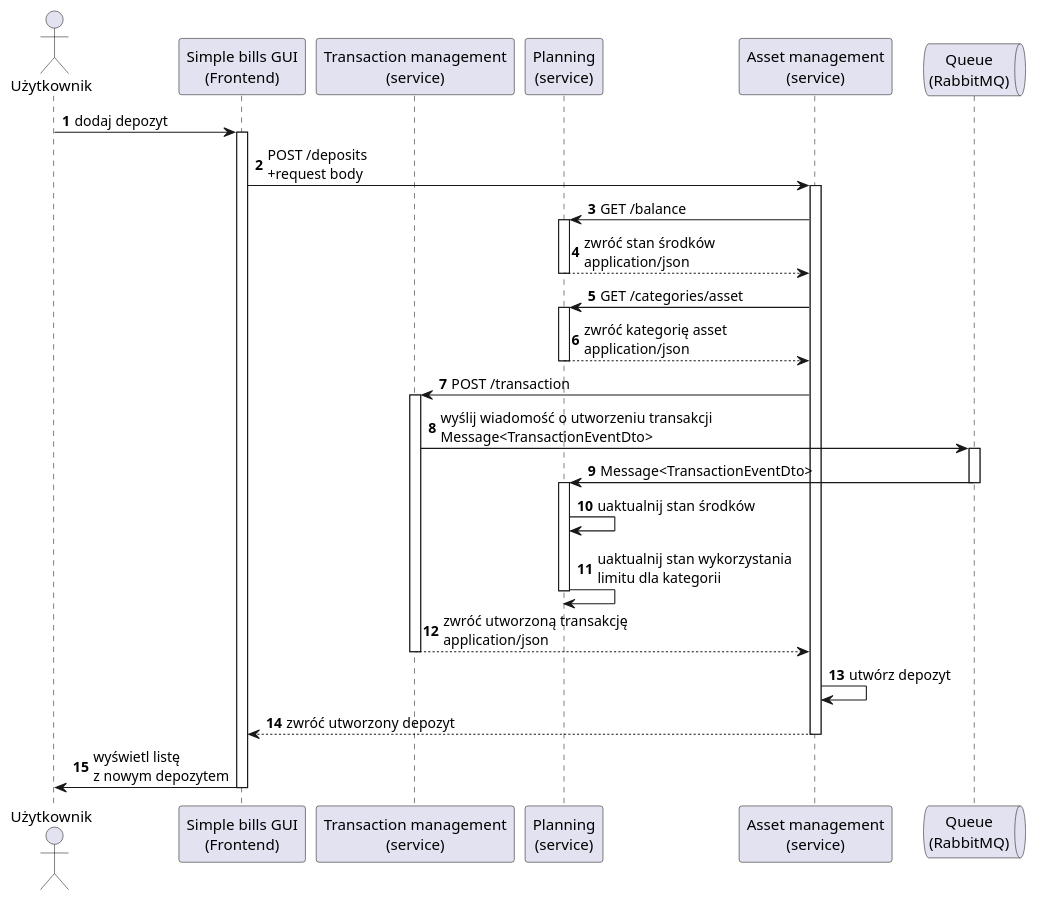
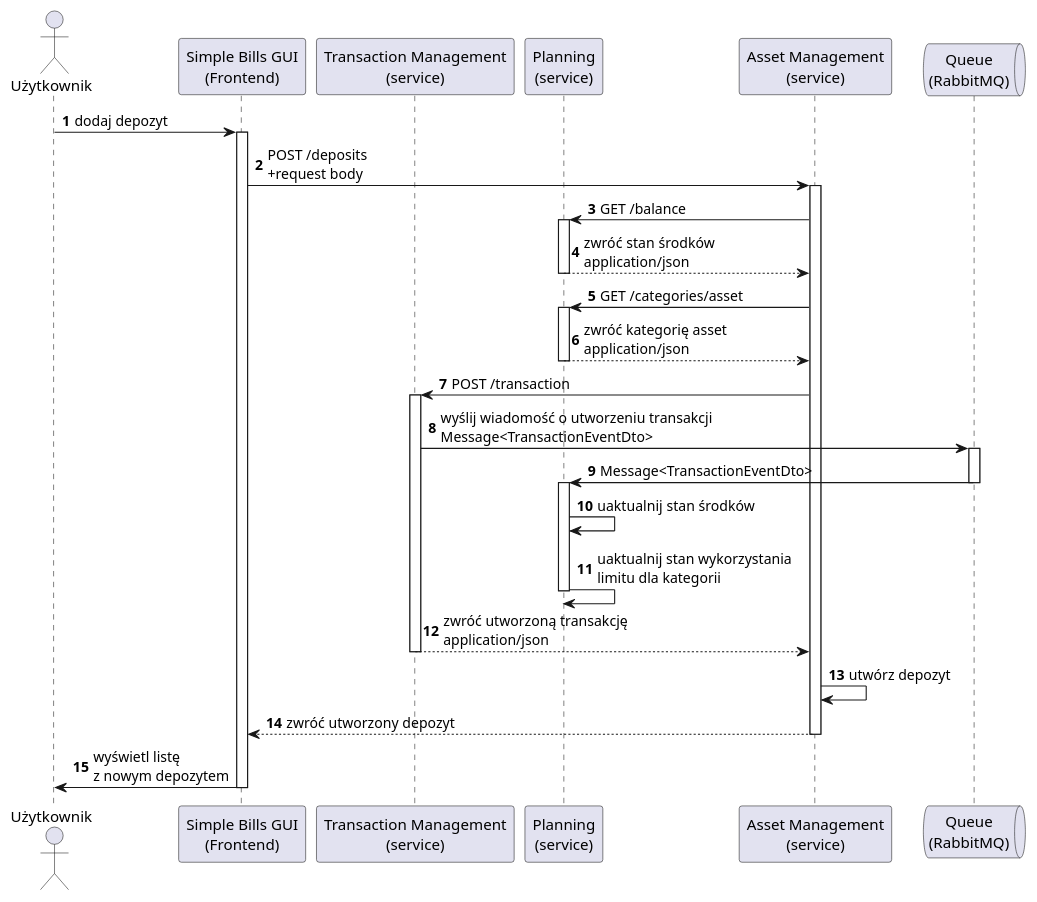
One commit to lukaszse/simple-bills changed the diagram in diagrams/sequence-diagrams/add-new-deposit.puml. Above: the diagram before and after it, drawn with PlantUML. The commit also changed 1 other file, not shown here.

Commit message:
Fix naming on sequence diagrams

```diff
--- a/diagrams/sequence-diagrams/add-new-deposit.puml
+++ b/diagrams/sequence-diagrams/add-new-deposit.puml
@@ -1,56 +1,56 @@
 @startuml
 'https://plantuml.com/sequence-diagram
 
 autonumber
 
 actor Użytkownik as user
-participant "Simple bills GUI\n(Frontend)" as gui
-participant "Transaction management\n(service)" as transaction
+participant "Simple Bills GUI\n(Frontend)" as gui
+participant "Transaction Management\n(service)" as transaction
 participant "Planning\n(service)" as planning
-participant "Asset management\n(service)" as asset
+participant "Asset Management\n(service)" as asset
 queue "Queue\n(RabbitMQ)" as rabbit
 
 user -> gui: dodaj depozyt
 activate gui
 
 gui -> asset: POST /deposits\n+request body
 activate asset
 
 asset -> planning:GET /balance
 activate planning
 
 planning --> asset: zwróć stan środków\napplication/json
 deactivate planning
 
 asset -> planning: GET /categories/asset
 activate planning
 
 planning --> asset: zwróć kategorię asset\napplication/json
 deactivate planning
 
 asset -> transaction: POST /transaction
 activate transaction
 
 transaction -> rabbit: wyślij wiadomość o utworzeniu transakcji\nMessage<TransactionEventDto>
 activate rabbit
 
 rabbit -> planning: Message<TransactionEventDto>
 deactivate rabbit
 activate planning
 
 planning -> planning: uaktualnij stan środków
 planning -> planning: uaktualnij stan wykorzystania\nlimitu dla kategorii
 deactivate planning
 
 transaction --> asset: zwróć utworzoną transakcję\napplication/json
 deactivate transaction
 
 asset -> asset: utwórz depozyt
 
 asset --> gui: zwróć utworzony depozyt
 deactivate asset
 
 gui -> user: wyświetl listę\nz nowym depozytem
 deactivate gui
 
 @enduml
```
